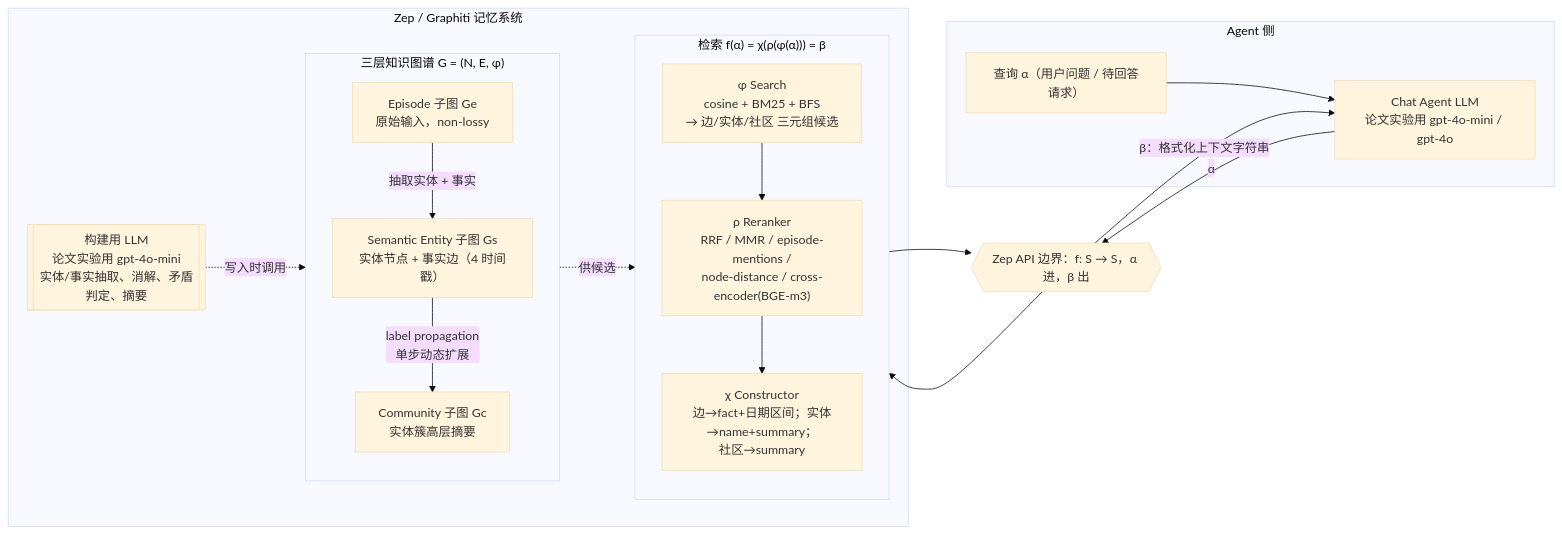
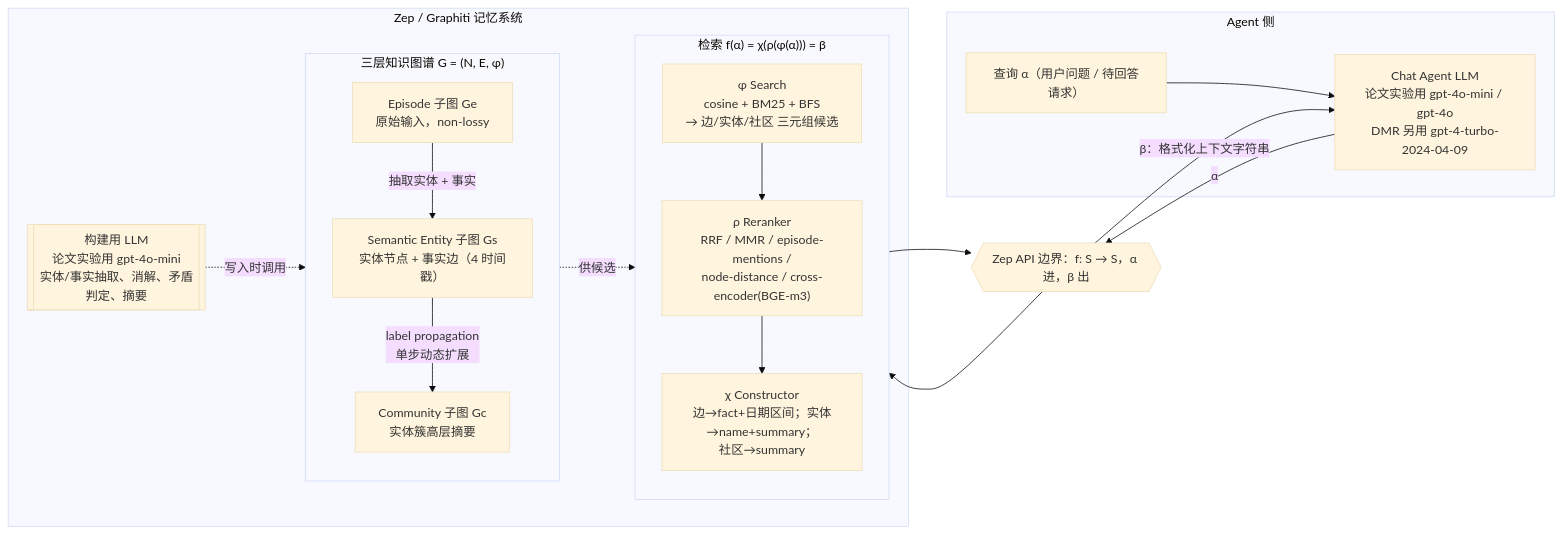
Before and after one commit to wafo210715/memory-bench: the diagram in servers/graphiti/paper-architecture.md, drawn with Mermaid (base theme). The commit also changed other lines of this file and 25 other files, not shown here.

````diff
--- a/servers/graphiti/paper-architecture.md
+++ b/servers/graphiti/paper-architecture.md
@@ -94,37 +96,37 @@
 ```mermaid
 flowchart LR
     subgraph AGENT["Agent 侧"]
         U["查询 α（用户问题 / 待回答请求）"]
-        CHAT["Chat Agent LLM<br/>论文实验用 gpt-4o-mini / gpt-4o"]
+        CHAT["Chat Agent LLM<br/>论文实验用 gpt-4o-mini / gpt-4o<br/>DMR 另用 gpt-4-turbo-2024-04-09"]
         U --> CHAT
     end
 
     API{{"Zep API 边界：f: S → S，α 进，β 出"}}
 
     subgraph ZEP["Zep / Graphiti 记忆系统"]
         subgraph GRAPH["三层知识图谱 G = (N, E, φ)"]
             direction TB
             EP["Episode 子图 Ge<br/>原始输入，non-lossy"]
             SEM["Semantic Entity 子图 Gs<br/>实体节点 + 事实边（4 时间戳）"]
             COM["Community 子图 Gc<br/>实体簇高层摘要"]
             EP -->|"抽取实体 + 事实"| SEM
             SEM -->|"label propagation<br/>单步动态扩展"| COM
         end
 
         LLMBUILD[["构建用 LLM<br/>论文实验用 gpt-4o-mini<br/>实体/事实抽取、消解、矛盾判定、摘要"]]
 
         subgraph RETRIEVE["检索 f(α) = χ(ρ(φ(α))) = β"]
             direction TB
             PHI["φ Search<br/>cosine + BM25 + BFS<br/>→ 边/实体/社区 三元组候选"]
             RHO["ρ Reranker<br/>RRF / MMR / episode-mentions /<br/>node-distance / cross-encoder(BGE-m3)"]
             CHI["χ Constructor<br/>边→fact+日期区间；实体→name+summary；<br/>社区→summary"]
             PHI --> RHO --> CHI
         end
 
         GRAPH -. 供候选 .-> PHI
         LLMBUILD -. 写入时调用 .-> GRAPH
     end
 
     CHAT -->|"α"| API --> PHI
     CHI --> API -->|"β：格式化上下文字符串"| CHAT
 ```
````
